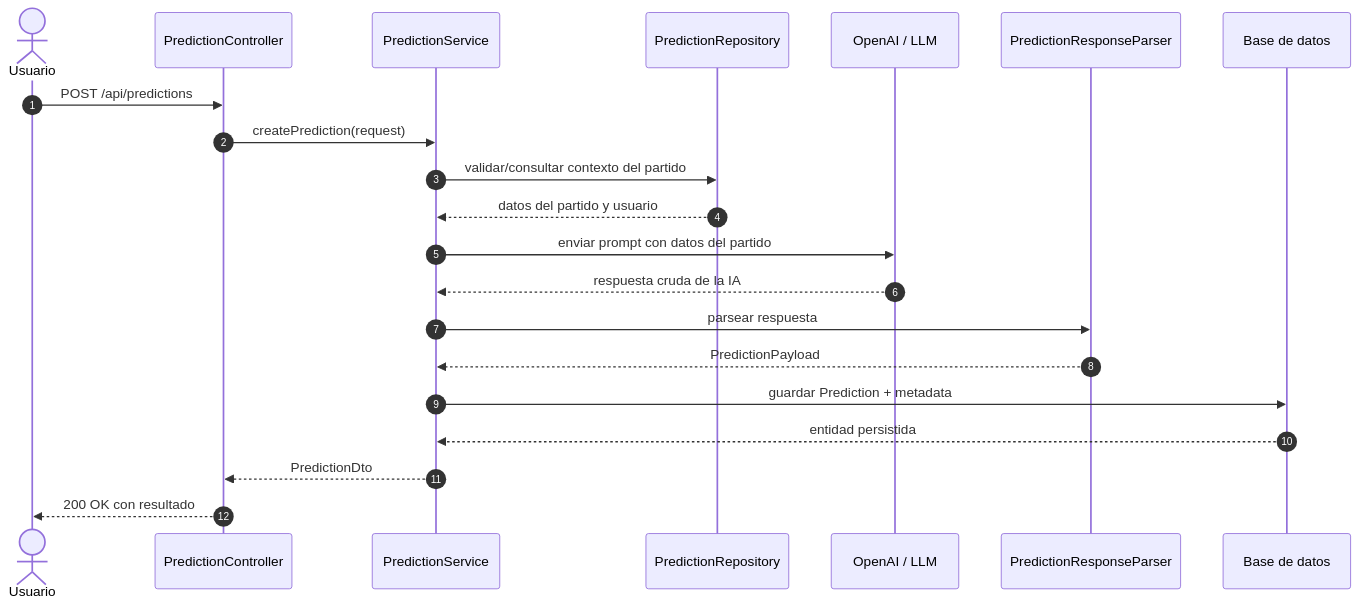
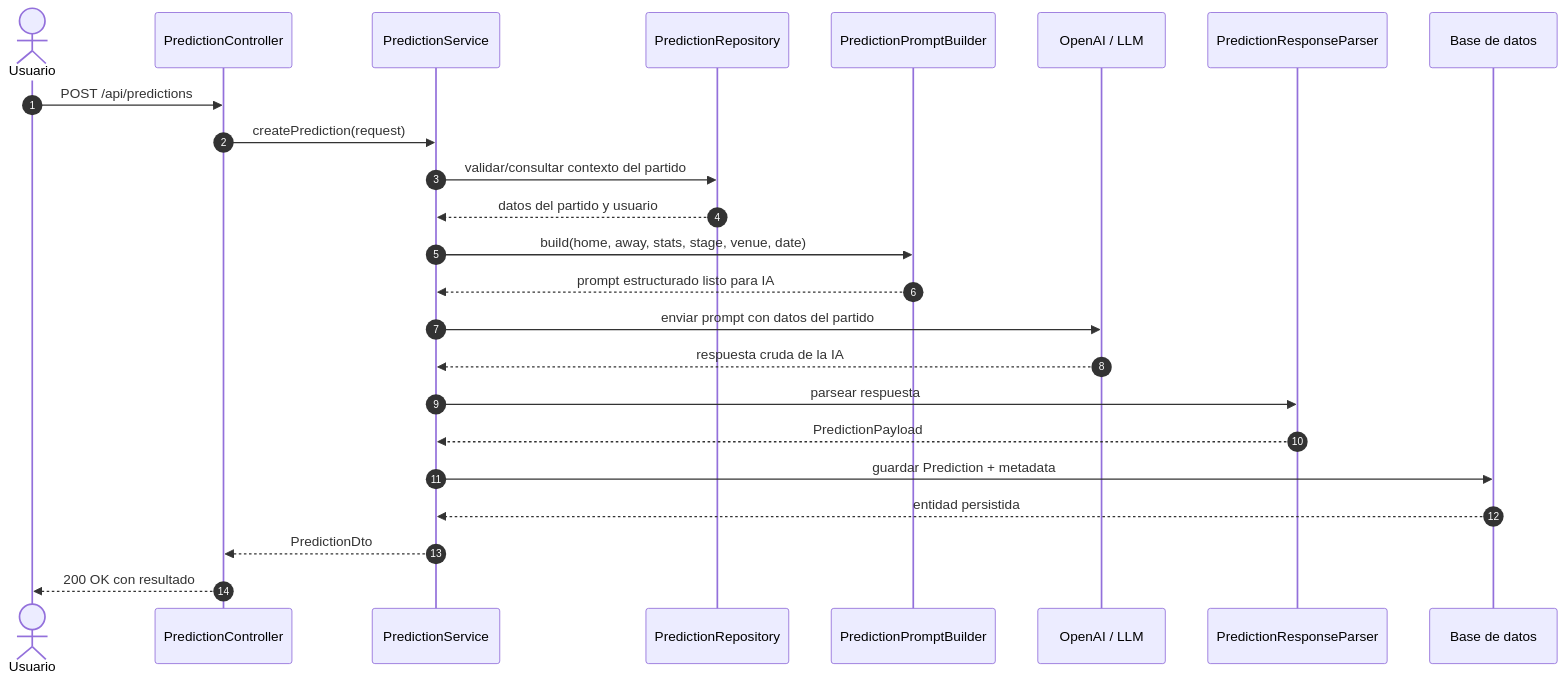
The third of 3 diagrams in ARCHITECTURAL_ANALYSIS.md (augmentdevon-febe/backend), drawn with Mermaid before and after one commit. The commit also changed other lines of this file, not shown here.

Commit message:
doc update on prompt build request

````diff
--- a/ARCHITECTURAL_ANALYSIS.md
+++ b/ARCHITECTURAL_ANALYSIS.md
@@ -350,24 +350,27 @@
 ```mermaid
 sequenceDiagram
     autonumber
     actor Usuario as Usuario
     participant Controller as PredictionController
     participant Service as PredictionService
     participant Repo as PredictionRepository
+    participant PromptBuilder as PredictionPromptBuilder
     participant AI as OpenAI / LLM
     participant Parser as PredictionResponseParser
     participant DB as Base de datos
 
     Usuario->>Controller: POST /api/predictions
     Controller->>Service: createPrediction(request)
     Service->>Repo: validar/consultar contexto del partido
     Repo-->>Service: datos del partido y usuario
+    Service->>PromptBuilder: build(home, away, stats, stage, venue, date)
+    PromptBuilder-->>Service: prompt estructurado listo para IA
     Service->>AI: enviar prompt con datos del partido
     AI-->>Service: respuesta cruda de la IA
     Service->>Parser: parsear respuesta
     Parser-->>Service: PredictionPayload
     Service->>DB: guardar Prediction + metadata
     DB-->>Service: entidad persistida
     Service-->>Controller: PredictionDto
     Controller-->>Usuario: 200 OK con resultado
 ```
````
